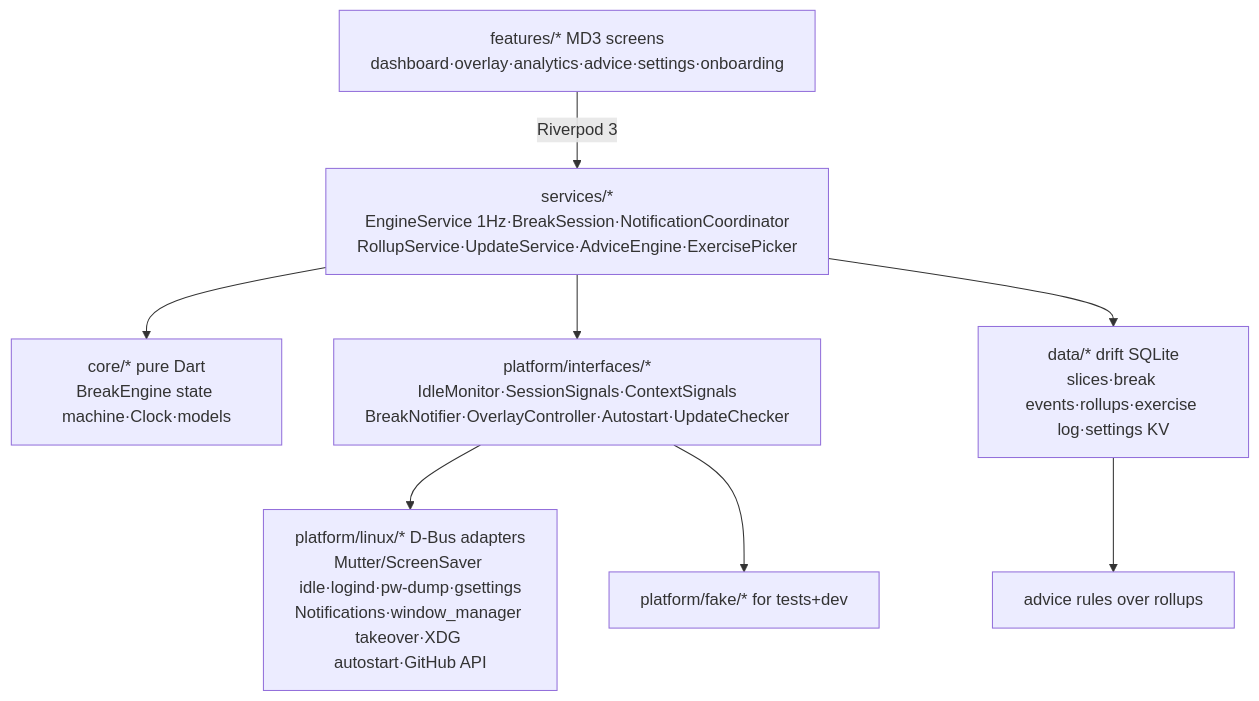
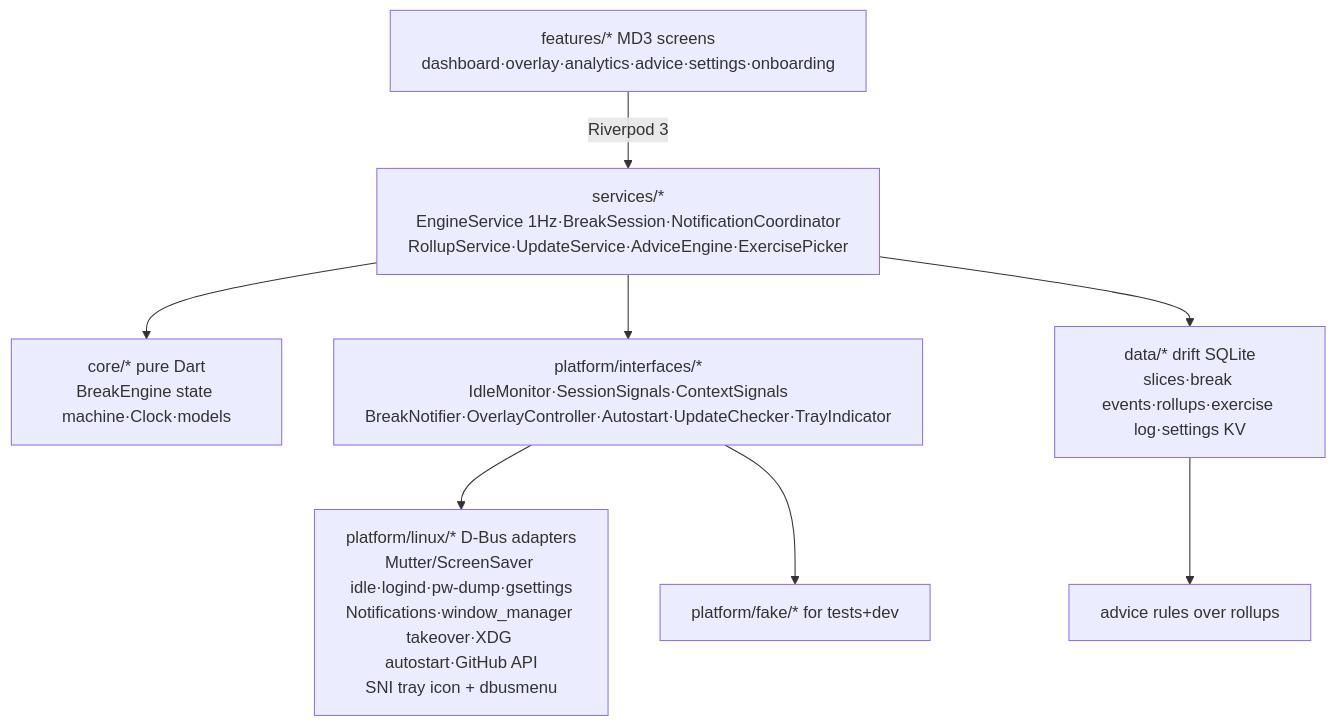
One commit to Xern-AI/RestifEye changed the diagram in docs/knowledge_graph.md. Above: the diagram before and after it, drawn with Mermaid. The commit also changed other lines of this file and 33 other files, not shown here.

````diff
--- a/docs/knowledge_graph.md
+++ b/docs/knowledge_graph.md
@@ -7,11 +7,11 @@
 ```mermaid
 graph TD
     UI[features/* MD3 screens<br/>dashboard·overlay·analytics·advice·settings·onboarding] -->|Riverpod 3| SVC
     SVC[services/*<br/>EngineService 1Hz·BreakSession·NotificationCoordinator<br/>RollupService·UpdateService·AdviceEngine·ExercisePicker] --> CORE
     CORE[core/* pure Dart<br/>BreakEngine state machine·Clock·models] 
-    SVC --> PLAT[platform/interfaces/*<br/>IdleMonitor·SessionSignals·ContextSignals<br/>BreakNotifier·OverlayController·Autostart·UpdateChecker]
-    PLAT --> LINUX[platform/linux/* D-Bus adapters<br/>Mutter/ScreenSaver idle·logind·pw-dump·gsettings<br/>Notifications·window_manager takeover·XDG autostart·GitHub API]
+    SVC --> PLAT[platform/interfaces/*<br/>IdleMonitor·SessionSignals·ContextSignals<br/>BreakNotifier·OverlayController·Autostart·UpdateChecker·TrayIndicator]
+    PLAT --> LINUX[platform/linux/* D-Bus adapters<br/>Mutter/ScreenSaver idle·logind·pw-dump·gsettings<br/>Notifications·window_manager takeover·XDG autostart·GitHub API<br/>SNI tray icon + dbusmenu]
     PLAT --> FAKE[platform/fake/* for tests+dev]
     SVC --> DATA[data/* drift SQLite<br/>slices·break events·rollups·exercise log·settings KV]
     DATA --> ADVICE[advice rules over rollups]
 ```
````
